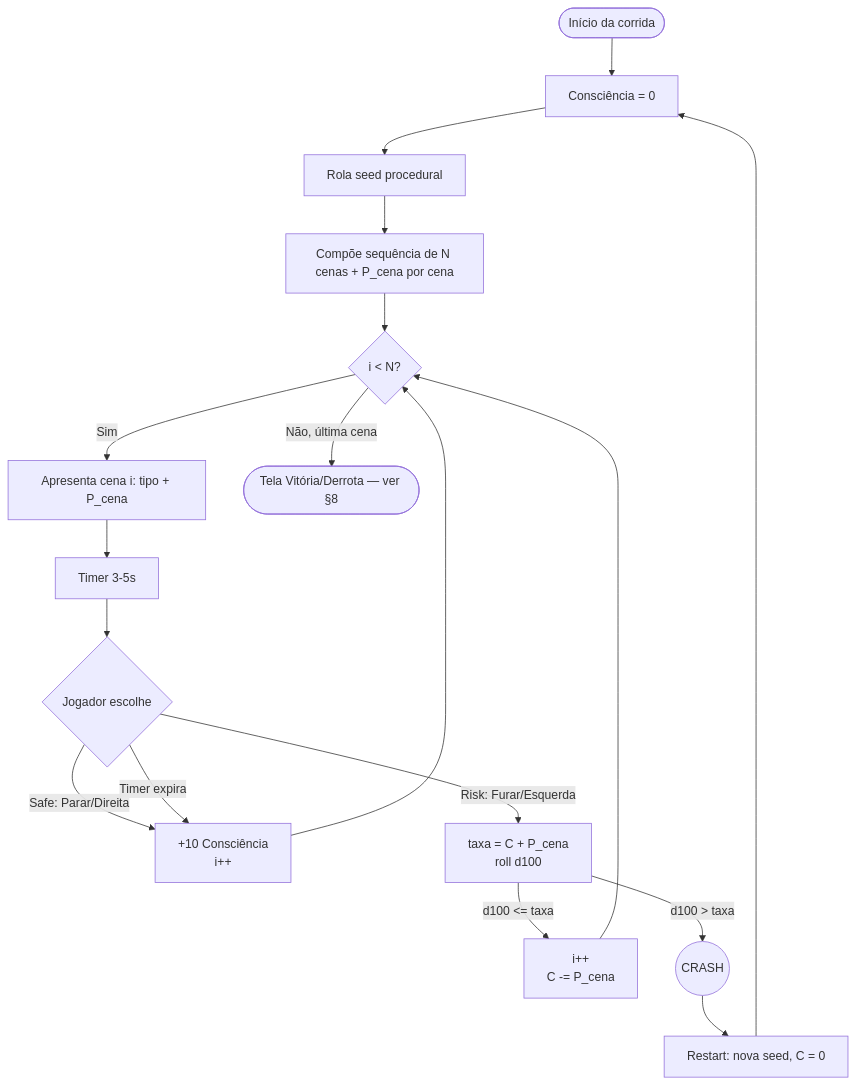
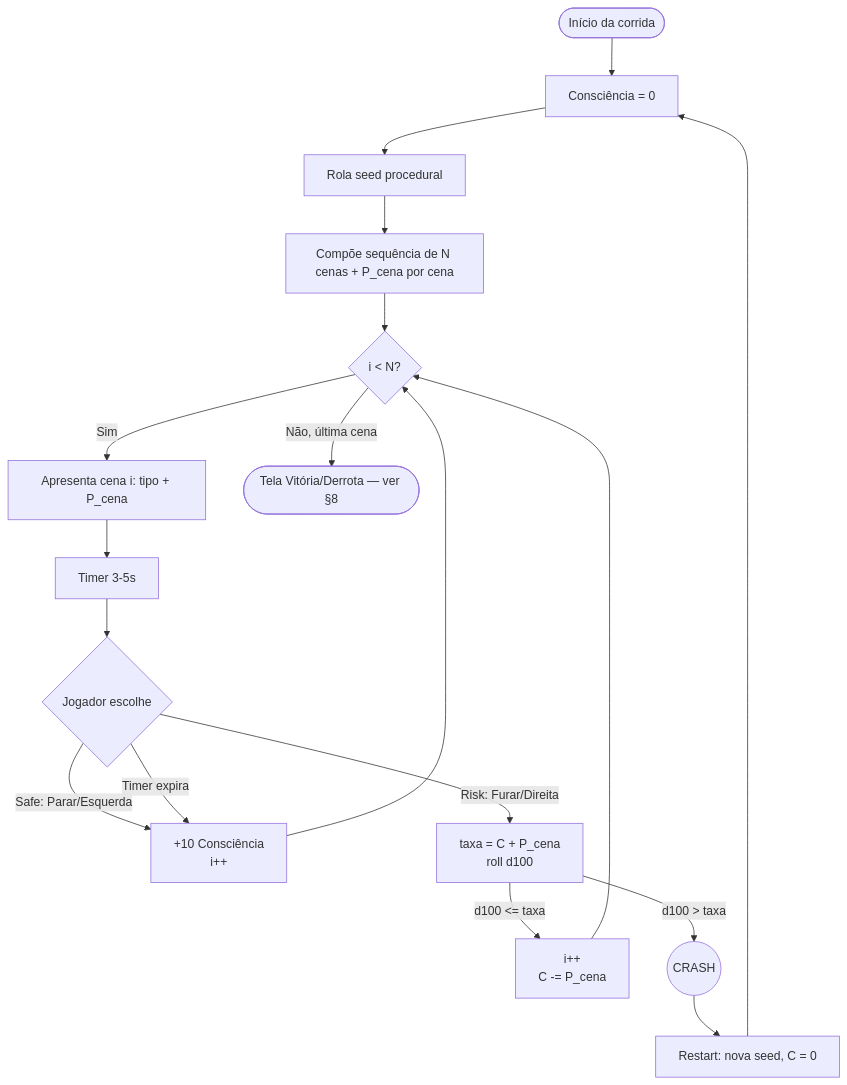
Before and after one commit to edneyreis999/Jonny: the diagram in docs/02-Core-Loop/Corrida - Core Loop.md, drawn with Mermaid. The commit also changed other lines of this file, not shown here.

````diff
--- a/docs/02-Core-Loop/Corrida - Core Loop.md
+++ b/docs/02-Core-Loop/Corrida - Core Loop.md
@@ -84,20 +84,20 @@
 ```mermaid
 flowchart TD
     Start([Início da corrida]) --> InitC[Consciência = 0]
     InitC --> Seed[Rola seed procedural]
     Seed --> Compose[Compõe sequência de N cenas + P_cena por cena]
     Compose --> Next{i < N?}
     Next -->|Sim| Scene[Apresenta cena i: tipo + P_cena]
     Scene --> Timer[Timer 3-5s]
     Timer --> Input{Jogador escolhe}
-    Input -->|Safe: Parar/Direita| SafePlus["+10 Consciência<br/>i++"]
+    Input -->|Safe: Parar/Esquerda| SafePlus["+10 Consciência<br/>i++"]
     SafePlus --> Next
-    Input -->|Risk: Furar/Esquerda| Roll["taxa = C + P_cena<br/>roll d100"]
+    Input -->|Risk: Furar/Direita| Roll["taxa = C + P_cena<br/>roll d100"]
     Roll -->|d100 <= taxa| RiskOk["i++<br/>C -= P_cena"]
     RiskOk --> Next
     Roll -->|d100 > taxa| Crash((CRASH))
     Input -->|Timer expira| SafePlus["+10 Consciência<br/>i++"]
     Next -->|Não, última cena| End([Tela Vitória/Derrota — ver §8])
     Crash --> Restart[Restart: nova seed, C = 0]
     Restart --> InitC
 ```
````
